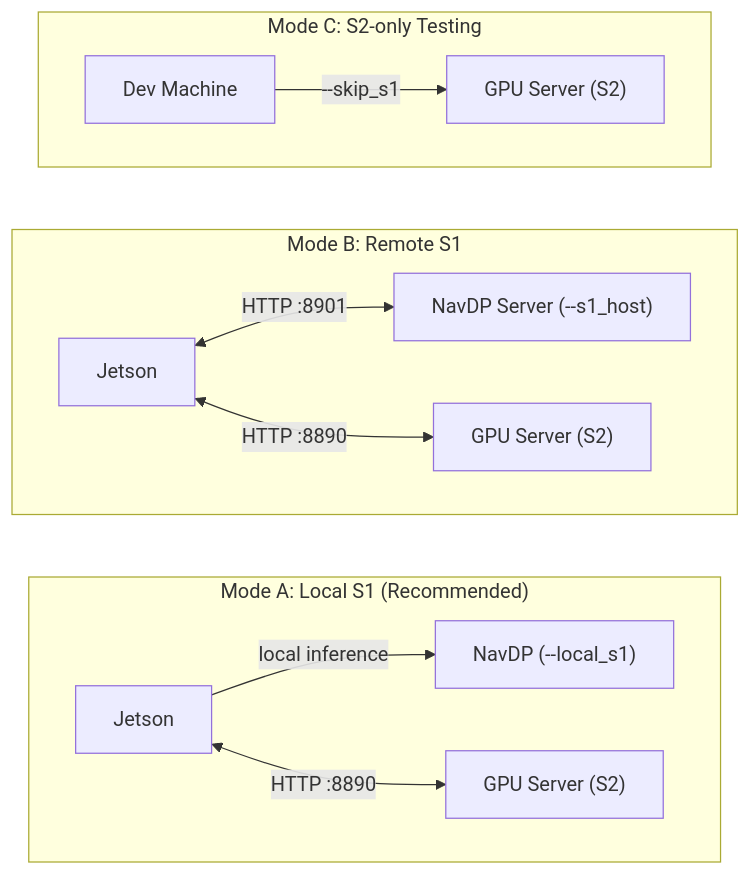
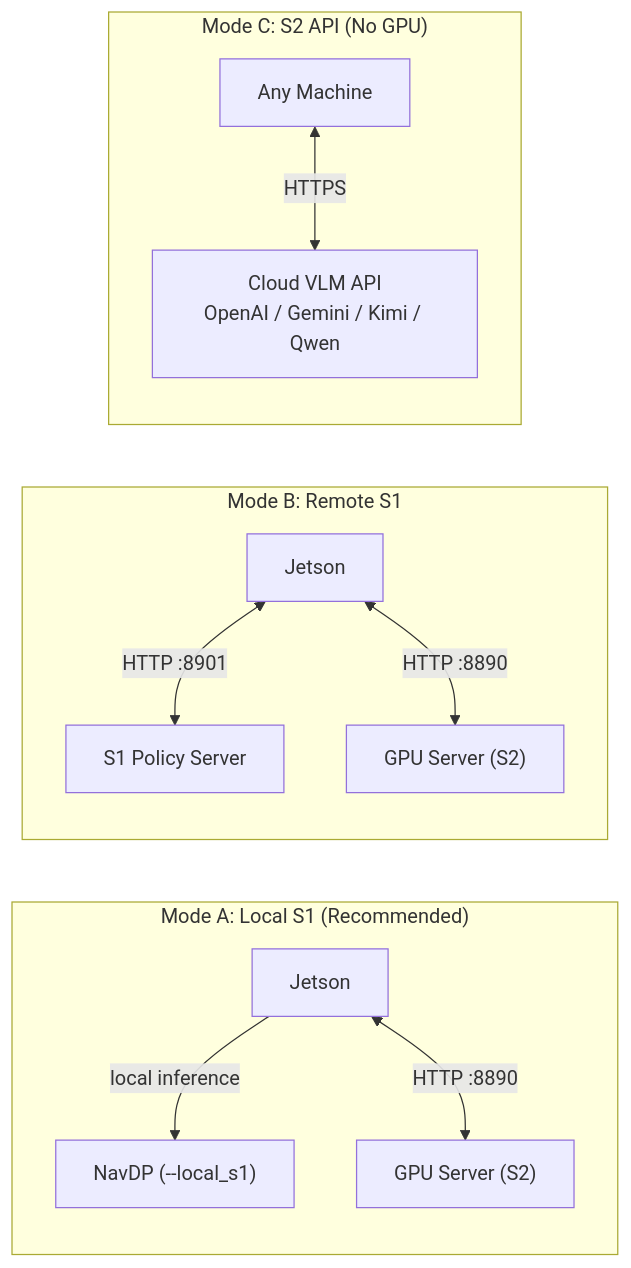
Before and after one commit to TingdeLiu/LegoNav: the third of 3 diagrams in README.md, drawn with Mermaid. The commit also changed other lines of this file and 13 other files, not shown here.

First line of the commit message:
feat: add multi-model S2 API support and 7 S1 navigation policy clients

````diff
--- a/README.md
+++ b/README.md
@@ -68,19 +71,16 @@
 ```mermaid
 graph LR
-    subgraph Mode1["Mode A: Local S1 (Recommended)"]
-        direction LR
+    subgraph ModeA["Mode A: Local S1 (Recommended)"]
         J1["Jetson"] -- "local inference" --> N1["NavDP (--local_s1)"]
         J1 <-- "HTTP :8890" --> G1["GPU Server (S2)"]
     end
 
-    subgraph Mode2["Mode B: Remote S1"]
-        direction LR
-        J2["Jetson"] <-- "HTTP :8901" --> N2["NavDP Server (--s1_host)"]
+    subgraph ModeB["Mode B: Remote S1"]
+        J2["Jetson"] <-- "HTTP :8901" --> N2["S1 Policy Server"]
         J2 <-- "HTTP :8890" --> G2["GPU Server (S2)"]
     end
 
-    subgraph Mode3["Mode C: S2-only Testing"]
-        direction LR
-        PC["Dev Machine"] -- "--skip_s1" --> G3["GPU Server (S2)"]
+    subgraph ModeC["Mode C: S2 API (No GPU)"]
+        PC["Any Machine"] <-- "HTTPS" --> API["Cloud VLM API\nOpenAI / Gemini / Kimi / Qwen"]
     end
 ```
````
